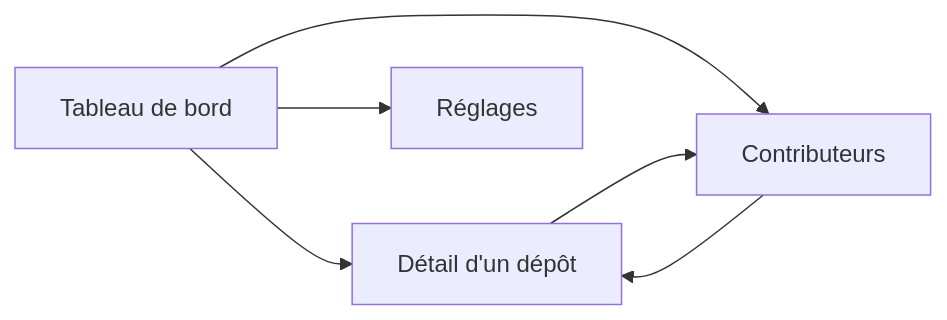
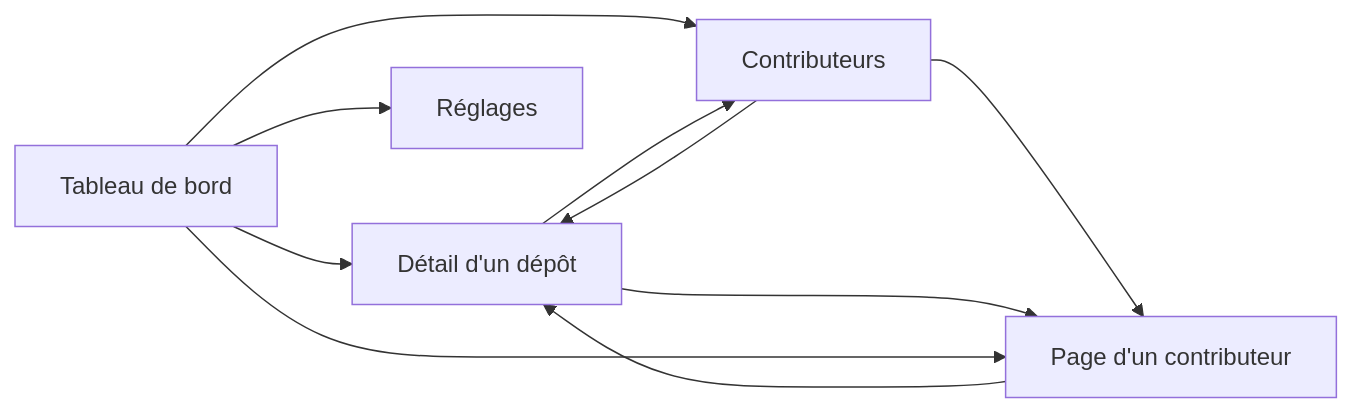
Before and after one commit to studoo-app/watchoo: the diagram in documentation/06-interface-web.md, drawn with Mermaid. The commit also changed other lines of this file and 61 other files, not shown here.

First line of the commit message:
feat: page par contributeur et liens vers les profils GitHub

````diff
--- a/documentation/06-interface-web.md
+++ b/documentation/06-interface-web.md
@@ -227,8 +300,12 @@
 ```mermaid
 flowchart LR
     DASH["Tableau de bord"] --> REPO["Détail d'un dépôt"]
     DASH --> CONTRIB["Contributeurs"]
     DASH --> SET["Réglages"]
     REPO --> CONTRIB
     CONTRIB --> REPO
+    CONTRIB --> PERSON["Page d'un contributeur"]
+    REPO --> PERSON
+    DASH --> PERSON
+    PERSON --> REPO
 ```
````
